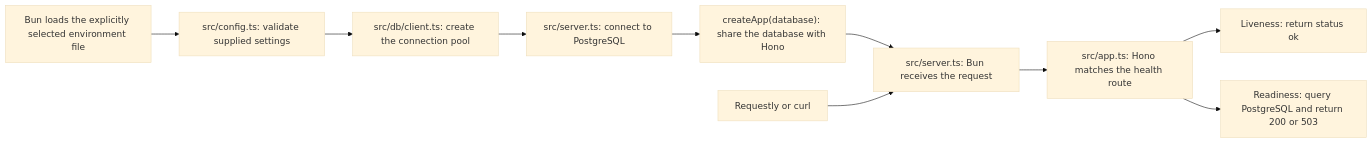
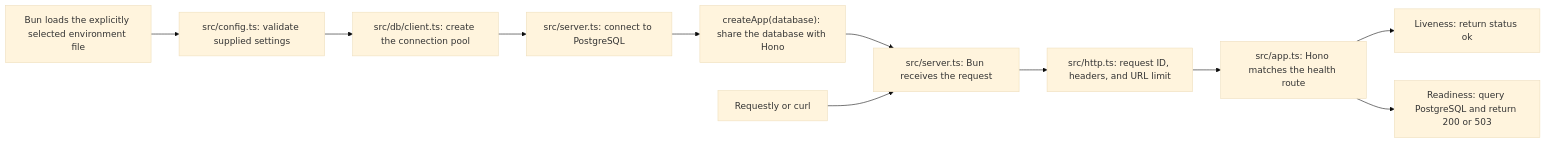
The diagram in README.md (jaminwebdev/hono-drizzle-api), drawn with Mermaid (base theme) before and after one commit. The commit also changed other lines of this file and 8 other files, not shown here.

````diff
--- a/README.md
+++ b/README.md
@@ -66,12 +68,13 @@
 ```mermaid
 flowchart LR
     Bun["Bun loads the explicitly selected environment file"] --> Config["src/config.ts: validate supplied settings"]
     Config --> Database["src/db/client.ts: create the connection pool"]
     Database --> Connect["src/server.ts: connect to PostgreSQL"]
     Connect --> App["createApp(database): share the database with Hono"]
     App --> Server
     Client[Requestly or curl] --> Server["src/server.ts: Bun receives the request"]
-    Server --> Routes["src/app.ts: Hono matches the health route"]
+    Server --> HTTP["src/http.ts: request ID, headers, and URL limit"]
+    HTTP --> Routes["src/app.ts: Hono matches the health route"]
     Routes --> Live["Liveness: return status ok"]
     Routes --> Ready["Readiness: query PostgreSQL and return 200 or 503"]
 ```
````
